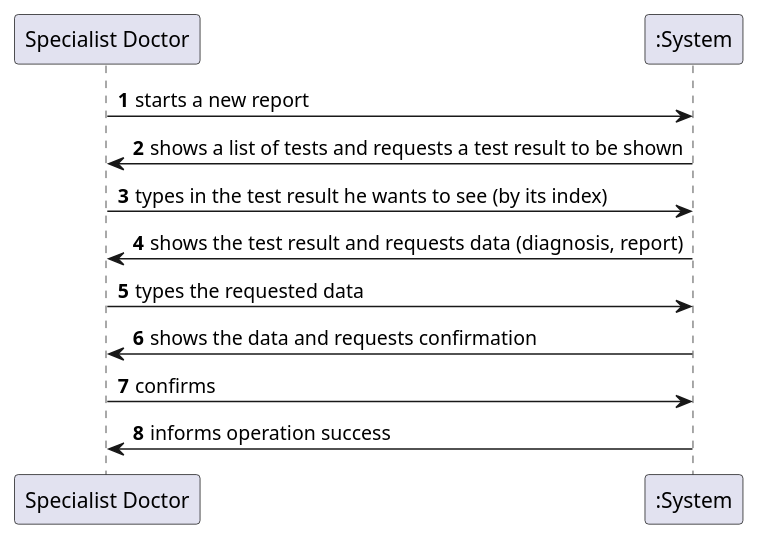
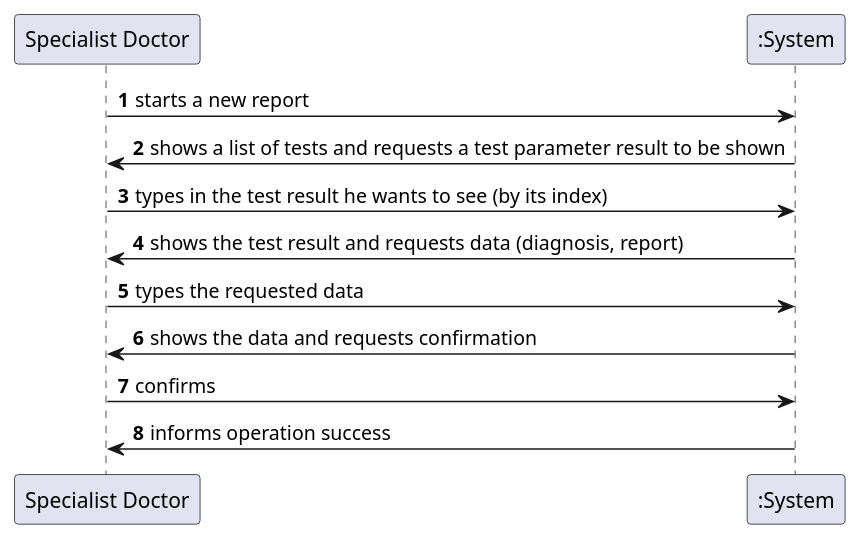
The diagram in docs/SprintC/US14/US14_SSD.puml (MadDinosaur/ISEP-LAPR2), drawn with PlantUML before and after one commit. The commit also changed 3 other files, not shown here.

```diff
--- a/docs/SprintC/US14/US14_SSD.puml
+++ b/docs/SprintC/US14/US14_SSD.puml
@@ -1,13 +1,13 @@
 @startuml
 
 autonumber
 
 "Specialist Doctor" -> ":System": starts a new report
-":System" -> "Specialist Doctor": shows a list of tests and requests a test result to be shown
+":System" -> "Specialist Doctor": shows a list of tests and requests a test parameter result to be shown
 "Specialist Doctor" -> ":System": types in the test result he wants to see (by its index)
 ":System" -> "Specialist Doctor": shows the test result and requests data (diagnosis, report)
 "Specialist Doctor" -> ":System": types the requested data
 ":System" -> "Specialist Doctor": shows the data and requests confirmation
 "Specialist Doctor" -> ":System": confirms
 ":System" -> "Specialist Doctor": informs operation success
 @enduml
```
